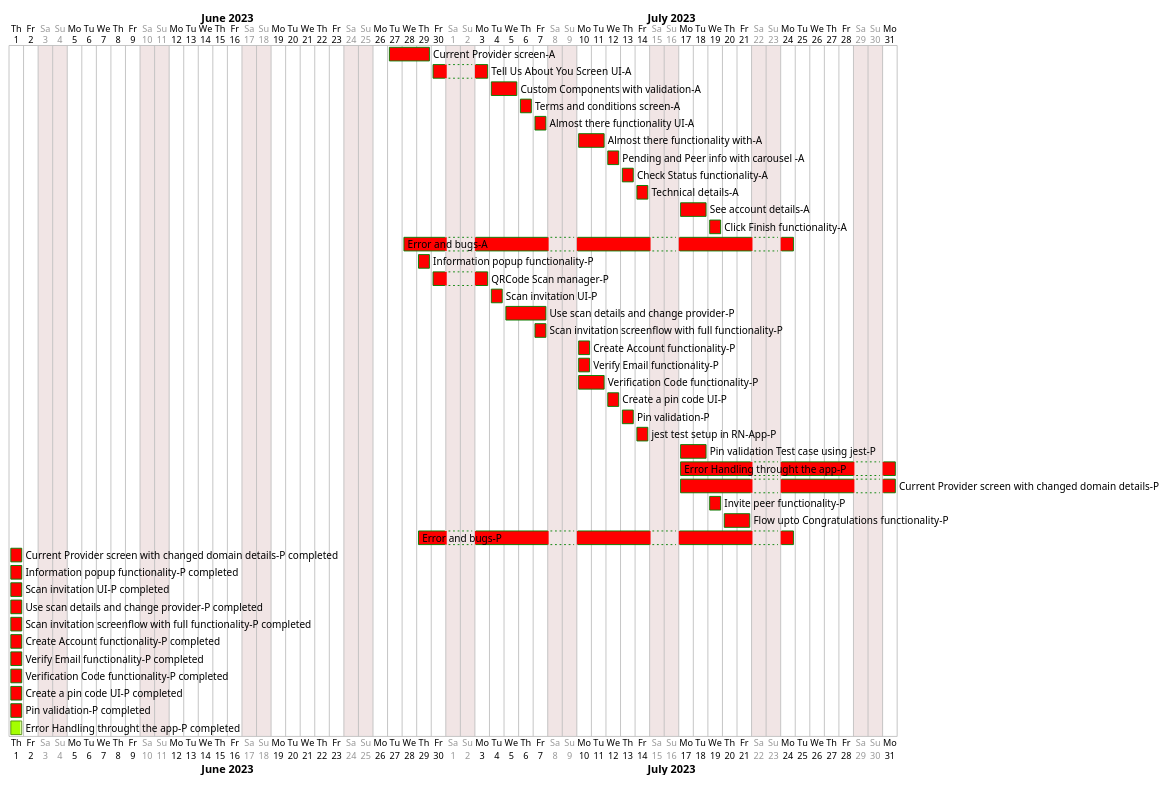
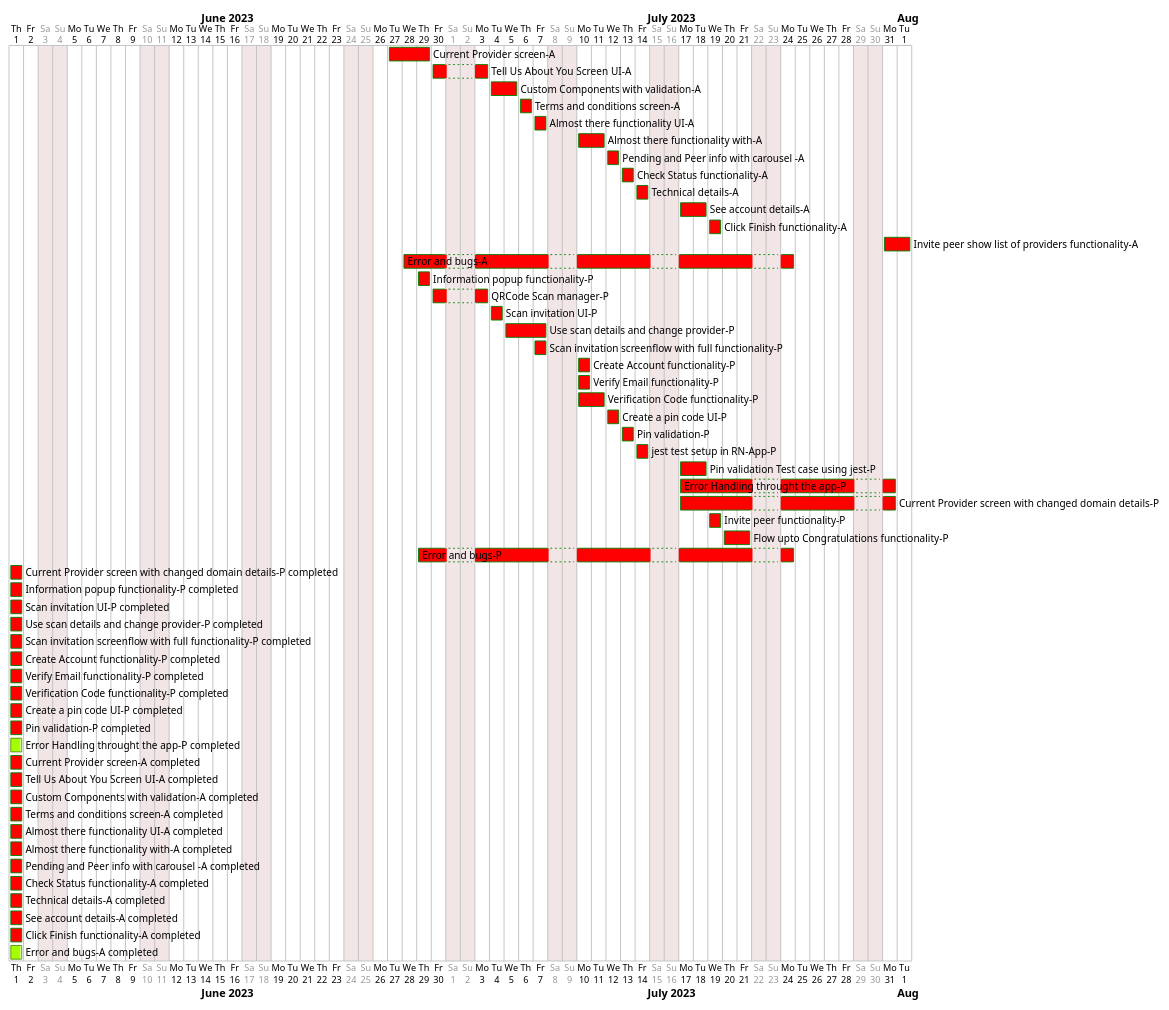
Before and after one commit to Trust-Anchor-Group/NeuroAccessReactNative: the diagram in doc/Onboarding-Flow.puml, drawn with PlantUML.

Commit message:
Update Onboarding-Flow.puml
update work progress report.

```diff
--- a/doc/Onboarding-Flow.puml
+++ b/doc/Onboarding-Flow.puml
@@ -1,66 +1,80 @@
 @startgantt
 saturday are closed
 sunday are closed
 
 <style>
 ganttDiagram {
   task {
     BackGroundColor Red
     LineColor Green 
     unstarted {
       BackGroundColor Fuchsia 
       LineColor FireBrick
     }
     completed {
       BackGroundColor GreenYellow 
       LineColor Green
     }
   }
 }
 </style>
 Project starts 2023-06-01
 [Current Provider screen-A] starts 2023-06-27 and ends 2023-06-29
 [Tell Us About You Screen UI-A] starts 2023-06-30 and ends 2023-07-03
 [Custom Components with validation-A] starts 2023-07-04 and ends 2023-07-05
 [Terms and conditions screen-A] starts 2023-07-06 and ends 2023-07-06
 [Almost there functionality UI-A] starts 2023-07-07 and ends 2023-07-07
 [Almost there functionality with-A] starts 2023-07-10 and ends 2023-07-11
 [Pending and Peer info with carousel -A] starts 2023-07-12 and ends 2023-07-12
 [Check Status functionality-A] starts 2023-07-13 and ends 2023-07-13
 [Technical details-A] starts 2023-07-14 and ends 2023-07-14
 [See account details-A] starts 2023-07-17 and ends 2023-07-18
 [Click Finish functionality-A] starts 2023-07-19 and ends 2023-07-19
+[Invite peer show list of providers functionality-A] starts 2023-07-31 and ends 2023-08-01
 [Error and bugs-A] starts 2023-06-28 and ends 2023-07-24
 
 [Information popup functionality-P ] starts 2023-06-29 and ends 2023-06-29
 [QRCode Scan manager-P] starts 2023-06-30 and ends 2023-07-03
 [Scan invitation UI-P] starts 2023-07-04 and ends 2023-07-04
 [Use scan details and change provider-P] starts 2023-07-05 and ends 2023-07-07
 [Scan invitation screenflow with full functionality-P] starts 2023-07-07 and ends 2023-07-07
 [Create Account functionality-P] starts 2023-07-10 and ends 2023-07-10
 [Verify Email functionality-P] starts 2023-07-10 and ends 2023-07-10
 [Verification Code functionality-P] starts 2023-07-10 and ends 2023-07-11
 [Create a pin code UI-P] starts 2023-07-12 and ends 2023-07-12
 [Pin validation-P] starts 2023-07-13 and ends 2023-07-13
 [jest test setup in RN-App-P] starts 2023-07-14 and ends 2023-07-14
 [Pin validation Test case using jest-P] starts 2023-07-17 and ends 2023-07-18
 [Error Handling throught the app-P] starts 2023-07-17 and ends 2023-07-31
 [Current Provider screen with changed domain details-P] starts 2023-07-17 and ends 2023-07-31
 
 [Invite peer functionality-P] starts 2023-07-19 and ends 2023-07-19
 [Flow upto Congratulations functionality-P] starts 2023-07-20 and ends 2023-07-21
 [Error and bugs-P] starts 2023-06-29 and ends 2023-07-24
 
 [Current Provider screen with changed domain details-P completed] is 100% completed
 [Information popup functionality-P completed] is 100% completed
 [Scan invitation UI-P completed] is 100% completed
 [Use scan details and change provider-P completed] is 100% completed
 [Scan invitation screenflow with full functionality-P completed] is 100% completed
 [Create Account functionality-P completed] is 100% completed
 [Verify Email functionality-P completed] is 100% completed
 [Verification Code functionality-P completed] is 100% completed
 [Create a pin code UI-P completed] is 100% completed
 [Pin validation-P completed] is 100% completed
 [Error Handling throught the app-P completed] is 90% completed
 
+[Current Provider screen-A completed] is 100% completed
+[Tell Us About You Screen UI-A completed] is 100% completed
+[Custom Components with validation-A completed] is 100% completed
+[Terms and conditions screen-A completed] is 100% completed
+[Almost there functionality UI-A completed] is 100% completed
+[Almost there functionality with-A completed] is 100% completed
+[Pending and Peer info with carousel -A completed] is 100% completed
+[Check Status functionality-A completed] is 100% completed
+[Technical details-A completed] is 100% completed
+[See account details-A completed] is 100% completed
+[Click Finish functionality-A completed] is 100% completed
+[Error and bugs-A completed] is 90% completed
+
 @endgantt
```
